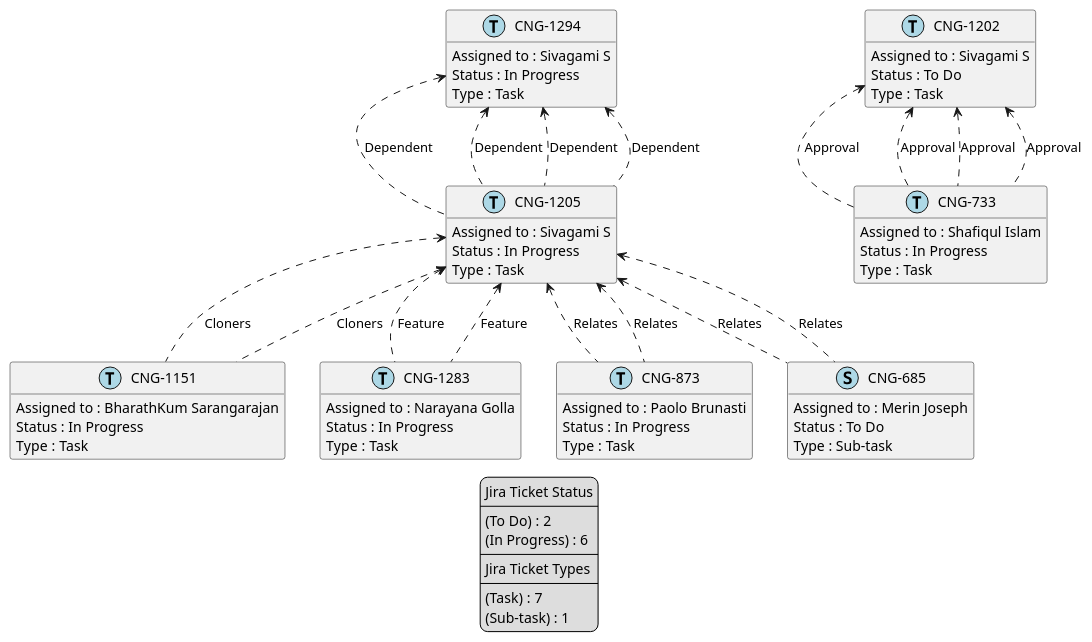
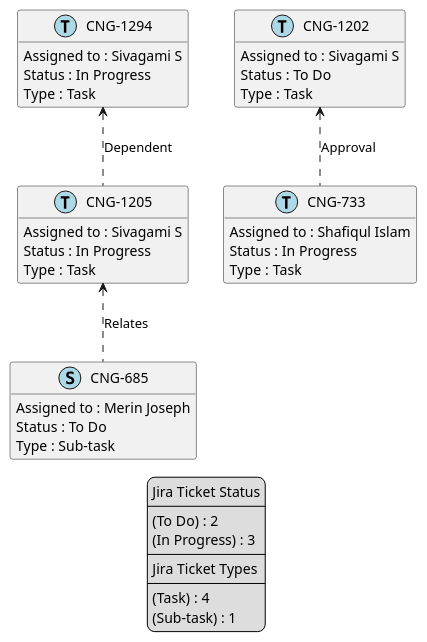
One commit to brunasti/jiraplotter changed the diagram in temp/jira-Sivagami S.puml. Above: the diagram before and after it, drawn with PlantUML. The commit also changed 53 other files, not shown here.

```diff
--- a/temp/jira-Sivagami S.puml
+++ b/temp/jira-Sivagami S.puml
@@ -1,92 +1,61 @@
 @startuml
 'https://plantuml.com/class-diagram
 
 ' GENERATE CLASS DIAGRAM ===========
-' Generated at    : Mon Apr 15 15:18:49 CEST 2024
+' Generated at    : Mon Apr 15 15:33:04 CEST 2024
 
 hide empty members
 
 legend
 Jira Ticket Status
 ----
 (To Do) : 2
-(In Progress) : 6
+(In Progress) : 3
 ----
 Jira Ticket Types
 ----
-(Task) : 7
+(Task) : 4
 (Sub-task) : 1
 end legend
 
 
 ' Tickets =======
-class "CNG-1151" << (T,lightblue) >> {
-  Assigned to : BharathKum Sarangarajan
-  Status : In Progress
-  Type : Task
-}
-
-class "CNG-1283" << (T,lightblue) >> {
-  Assigned to : Narayana Golla
-  Status : In Progress
-  Type : Task
-}
-
 class "CNG-1294" << (T,lightblue) >> {
   Assigned to : Sivagami S
   Status : In Progress
   Type : Task
 }
 
 class "CNG-1205" << (T,lightblue) >> {
   Assigned to : Sivagami S
-  Status : In Progress
-  Type : Task
-}
-
-class "CNG-873" << (T,lightblue) >> {
-  Assigned to : Paolo Brunasti
   Status : In Progress
   Type : Task
 }
 
 class "CNG-1202" << (T,lightblue) >> {
   Assigned to : Sivagami S
   Status : To Do
   Type : Task
 }
 
 class "CNG-685" << (S,lightblue) >> {
   Assigned to : Merin Joseph
   Status : To Do
   Type : Sub-task
 }
 
 class "CNG-733" << (T,lightblue) >> {
   Assigned to : Shafiqul Islam
   Status : In Progress
   Type : Task
 }
 
 
 
 ' Links =======
-"CNG-1205" <.. "CNG-1151" : Cloners
-"CNG-1205" <.. "CNG-1283" : Feature
-"CNG-1205" <.. "CNG-873" : Relates
-"CNG-1205" <.. "CNG-1151" : Cloners
-"CNG-1205" <.. "CNG-1283" : Feature
-"CNG-1205" <.. "CNG-873" : Relates
-"CNG-1205" <.. "CNG-685" : Relates
 "CNG-1205" <.. "CNG-685" : Relates
 "CNG-1202" <.. "CNG-733" : Approval
-"CNG-1202" <.. "CNG-733" : Approval
-"CNG-1202" <.. "CNG-733" : Approval
-"CNG-1202" <.. "CNG-733" : Approval
-"CNG-1294" <.. "CNG-1205" : Dependent
-"CNG-1294" <.. "CNG-1205" : Dependent
-"CNG-1294" <.. "CNG-1205" : Dependent
 "CNG-1294" <.. "CNG-1205" : Dependent
 
 
 @enduml
```
